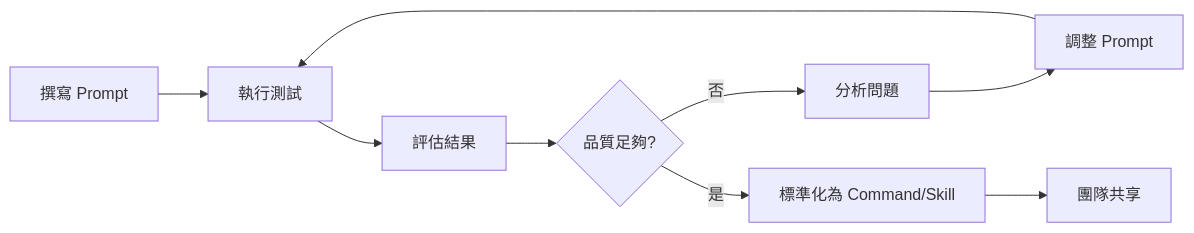
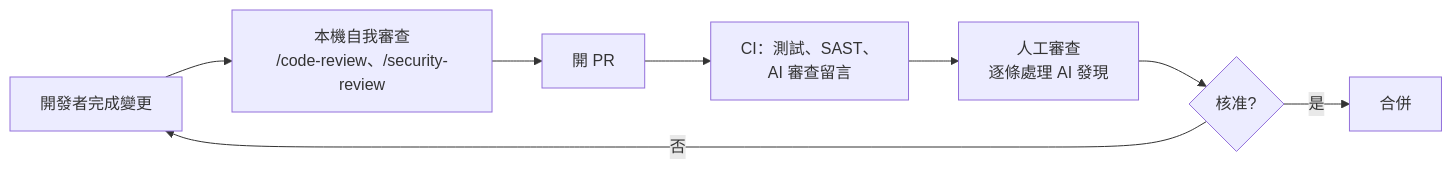
Before and after one commit to chihhung/Blog: the eighth of 9 diagrams in content/posts/教學/AI開發/claude-howto 教學手冊.md, drawn with Mermaid. The commit also changed other lines of this file and 4 other files, not shown here.

````diff
--- a/content/posts/教學/AI開發/claude-howto 教學手冊.md
+++ b/content/posts/教學/AI開發/claude-howto 教學手冊.md
@@ -2270,11 +5002,10 @@
 ```mermaid
-graph LR
-    A[撰寫 Prompt] --> B[執行測試]
-    B --> C[評估結果]
-    C --> D{品質足夠?}
-    D -->|否| E[分析問題]
-    E --> F[調整 Prompt]
-    F --> B
-    D -->|是| G[標準化為 Command/Skill]
-    G --> H[團隊共享]
+flowchart LR
+    A[開發者完成變更] --> B[本機自我審查<br/>/code-review、/security-review]
+    B --> C[開 PR]
+    C --> D[CI：測試、SAST、<br/>AI 審查留言]
+    D --> E[人工審查<br/>逐條處理 AI 發現]
+    E --> F{核准?}
+    F -->|是| G[合併]
+    F -->|否| A
 ```
````
